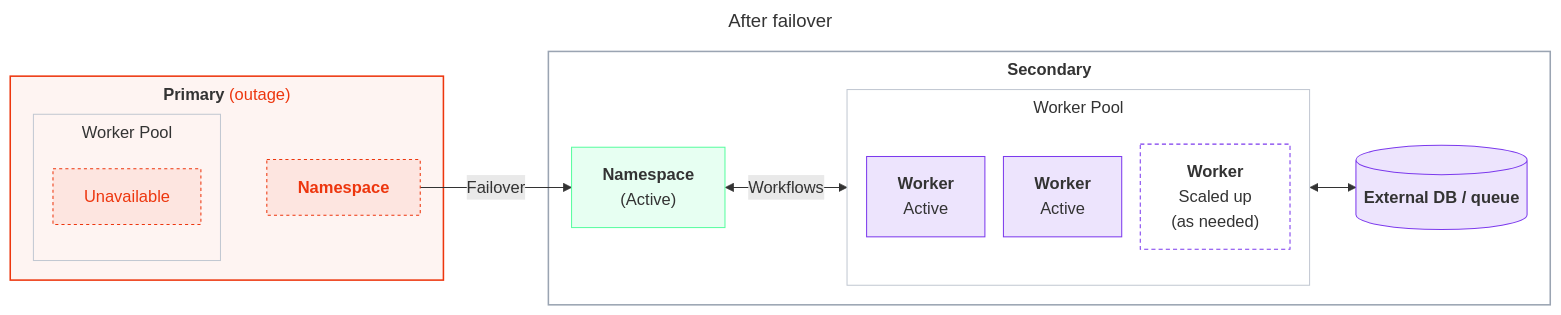
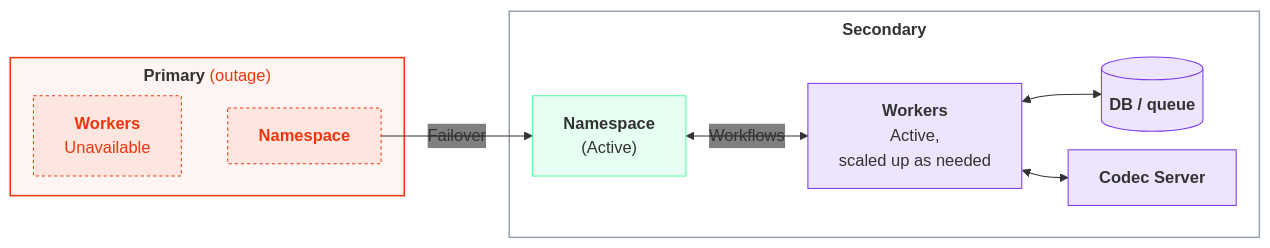
One commit to temporalio/documentation changed diagram 17 of 19 in docs/cloud/high-availability/deployment-patterns.mdx. Above: the diagram before and after it, drawn with Mermaid. The commit also changed other lines of this file, not shown here.

````diff
--- a/docs/cloud/high-availability/deployment-patterns.mdx
+++ b/docs/cloud/high-availability/deployment-patterns.mdx
@@ -544,37 +641,29 @@
 ```mermaid
----
-title: After failover
----
-%%{init: {'themeVariables':{'fontFamily':'Inter, ui-sans-serif, system-ui, sans-serif'},'flowchart':{'nodeSpacing':18,'rankSpacing':45,'curve':'basis','subGraphTitleMargin':{'top':6,'bottom':12}}}}%%
+%%{init: {'themeVariables':{'fontFamily':'Inter, ui-sans-serif, system-ui, sans-serif','edgeLabelBackground':'transparent'},'flowchart':{'nodeSpacing':18,'rankSpacing':45,'curve':'basis','subGraphTitleMargin':{'top':6,'bottom':12}}}}%%
 flowchart LR
     classDef worker fill:#7C3AED22,stroke:#7C3AED,stroke-width:1px;
     classDef workerhollow fill:transparent,stroke:#7C3AED,stroke-width:1px,stroke-dasharray:4 3;
     classDef ns fill:#59FDA024,stroke:#59FDA0,stroke-width:1px;
     classDef ext fill:#7C3AED22,stroke:#7C3AED,stroke-width:1px;
     classDef down fill:#ED360E14,stroke:#ED360E,stroke-width:1px,stroke-dasharray:3 3,color:#ED360E;
     classDef region fill:transparent,stroke:#9aa4b2,stroke-width:1.5px;
     classDef regiondown fill:#ED360E0D,stroke:#ED360E,stroke-width:1.5px;
     classDef pool fill:transparent,stroke:#c2c8d2,stroke-width:1px;
     subgraph DAFPRI["<b>Primary</b> <span style='color:#ED360E'>(outage)</span>"]
-      subgraph DAFWP["Worker Pool"]
-        DAFW1["Unavailable"]:::down
-      end
+      DAFWP["<b>Workers</b><br/>Unavailable"]:::down
       DAFNS["<b>Namespace</b>"]:::down
       DAFWP ~~~ DAFNS
     end
     subgraph DAFSEC["<b>Secondary</b>"]
       DAFN["<b>Namespace</b><br/>(Active)"]:::ns
-      subgraph DAFSP["Worker Pool"]
-        DAFSW1["<b>Worker</b><br/>Active"]:::worker
-        DAFSW2["<b>Worker</b><br/>Active"]:::worker
-        DAFSW3["<b>Worker</b><br/>Scaled up<br/>(as needed)"]:::workerhollow
-      end
-      DAFDB2[("<b>External DB / queue</b>")]:::ext
+      DAFSP["<b>Workers</b><br/>Active,<br/>scaled up as needed"]:::worker
+      DAFDB2[("<b>DB / queue</b>")]:::ext
+      DAFCODEC["<b>Codec Server</b>"]:::ext
       DAFN <-->|Workflows| DAFSP
       DAFSP <--> DAFDB2
+      DAFSP <--> DAFCODEC
     end
     DAFNS -->|"Failover"| DAFN
     class DAFPRI regiondown
     class DAFSEC region
-    class DAFWP,DAFSP pool
 ```
````
